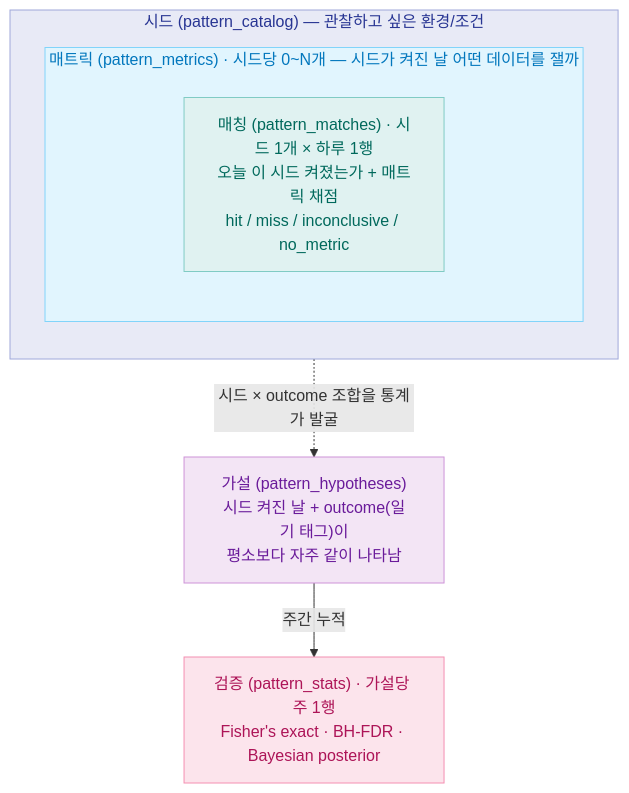
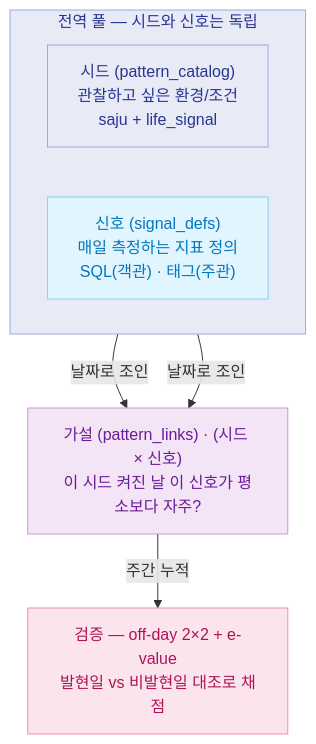
One commit to hyewon3938/slack-ai-agents changed the second of 8 diagrams in docs/explainers/insight-v2.md. Above: the diagram before and after it, drawn with Mermaid. The commit also changed other lines of this file, not shown here.

````diff
--- a/docs/explainers/insight-v2.md
+++ b/docs/explainers/insight-v2.md
@@ -132,27 +133,25 @@
 ```mermaid
 flowchart TB
-  subgraph SEED["시드 (pattern_catalog) — 관찰하고 싶은 환경/조건"]
-    direction TB
-    subgraph METRIC["매트릭 (pattern_metrics) · 시드당 0~N개 — 시드가 켜진 날 어떤 데이터를 잴까"]
-      direction TB
-      MATCH["매칭 (pattern_matches) · 시드 1개 × 하루 1행<br/>오늘 이 시드 켜졌는가 + 매트릭 채점<br/>hit / miss / inconclusive / no_metric"]
-    end
+  subgraph POOLS["전역 풀 — 시드와 신호는 독립"]
+    direction LR
+    SEED["시드 (pattern_catalog)<br/>관찰하고 싶은 환경/조건<br/>saju + life_signal"]
+    SIGNAL["신호 (signal_defs)<br/>매일 측정하는 지표 정의<br/>SQL(객관) · 태그(주관)"]
   end
 
-  HYP["가설 (pattern_hypotheses)<br/>시드 켜진 날 + outcome(일기 태그)이<br/>평소보다 자주 같이 나타남"]
-  VER["검증 (pattern_stats) · 가설당 주 1행<br/>Fisher's exact · BH-FDR · Bayesian posterior"]
+  HYP["가설 (pattern_links) · (시드 × 신호)<br/>이 시드 켜진 날 이 신호가 평소보다 자주?"]
+  VER["검증 — off-day 2×2 + e-value<br/>발현일 vs 비발현일 대조로 채점"]
 
-  SEED -. 시드 × outcome 조합을 통계가 발굴 .-> HYP
+  SEED -- 날짜로 조인 --> HYP
+  SIGNAL -- 날짜로 조인 --> HYP
   HYP -- 주간 누적 --> VER
 
   classDef seedBox fill:#E8EAF6,stroke:#9FA8DA,color:#283593
-  classDef metricBox fill:#E1F5FE,stroke:#81D4FA,color:#0277BD
-  classDef matchNode fill:#E0F2F1,stroke:#80CBC4,color:#00695C
+  classDef signalBox fill:#E1F5FE,stroke:#81D4FA,color:#0277BD
   classDef hypothesisNode fill:#F3E5F5,stroke:#CE93D8,color:#6A1B9A
   classDef verifyNode fill:#FCE4EC,stroke:#F48FB1,color:#AD1457
+  class POOLS seedBox
   class SEED seedBox
-  class METRIC metricBox
-  class MATCH matchNode
+  class SIGNAL signalBox
   class HYP hypothesisNode
   class VER verifyNode
 ```
````
